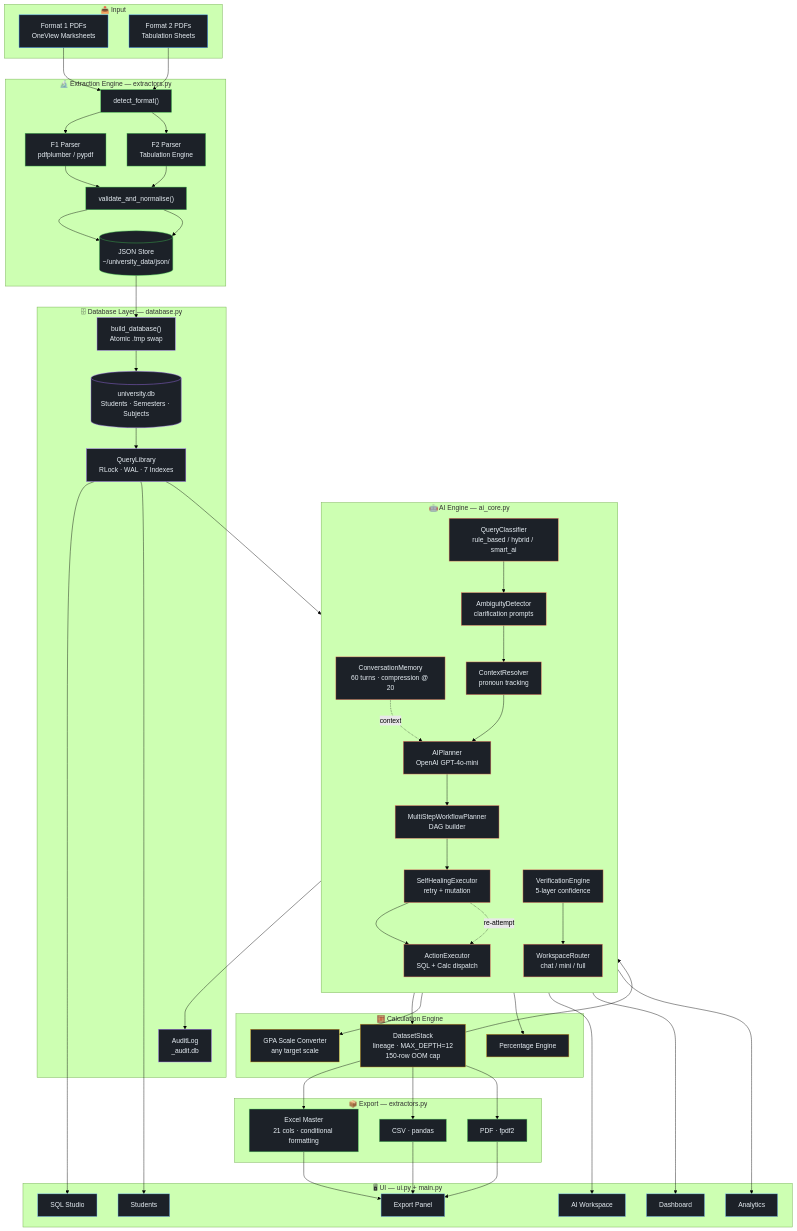
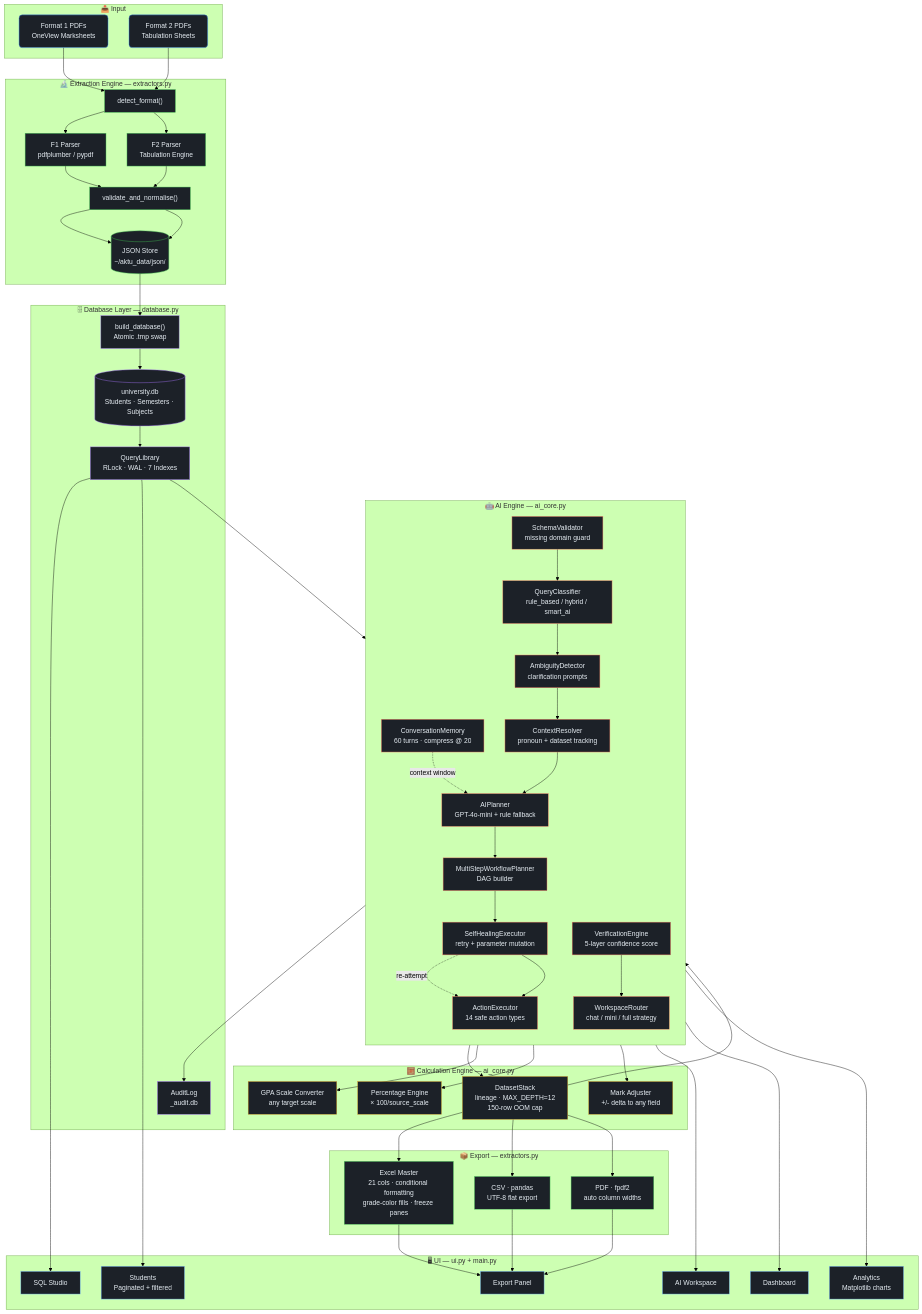
One commit to NIKHILUTTAM/AcadLib changed the first of 6 diagrams in README.md. Above: the diagram before and after it, drawn with Mermaid (forest theme). The commit also changed other lines of this file, not shown here.

````diff
--- a/README.md
+++ b/README.md
@@ -342,79 +413,81 @@
 ```mermaid
 flowchart TB
-    classDef input fill:#1C2128,stroke:#388BFD,color:#E6EDF3
+    classDef input fill:#1C2128,stroke:#388BFD,color:#E6EDF3,rx:8
     classDef extract fill:#1C2128,stroke:#3FB950,color:#E6EDF3
     classDef db fill:#1C2128,stroke:#A371F7,color:#E6EDF3
     classDef ai fill:#1C2128,stroke:#F78166,color:#E6EDF3
     classDef calc fill:#1C2128,stroke:#D29922,color:#E6EDF3
     classDef export fill:#1C2128,stroke:#56D364,color:#E6EDF3
     classDef ui fill:#1C2128,stroke:#79C0FF,color:#E6EDF3
 
     subgraph INPUT["📥 Input"]
         P1["Format 1 PDFs\nOneView Marksheets"]:::input
         P2["Format 2 PDFs\nTabulation Sheets"]:::input
     end
 
     subgraph EXTRACT["🔬 Extraction Engine — extractors.py"]
         DET["detect_format()"]:::extract
         EX1["F1 Parser\npdfplumber / pypdf"]:::extract
         EX2["F2 Parser\nTabulation Engine"]:::extract
         VAL["validate_and_normalise()"]:::extract
-        JSON_STORE[("JSON Store\n~/university_data/json/")]:::extract
+        JSON_STORE[("JSON Store\n~/aktu_data/json/")]:::extract
     end
 
     subgraph DB["🗄 Database Layer — database.py"]
         BUILD["build_database()\nAtomic .tmp swap"]:::db
         QLIB["QueryLibrary\nRLock · WAL · 7 Indexes"]:::db
         AUDIT["AuditLog\n_audit.db"]:::db
         SQLITE[("university.db\nStudents · Semesters · Subjects")]:::db
     end
 
     subgraph AI["🤖 AI Engine — ai_core.py"]
         direction TB
-        MEM["ConversationMemory\n60 turns · compression @ 20"]:::ai
+        MEM["ConversationMemory\n60 turns · compress @ 20"]:::ai
+        SCH["SchemaValidator\nmissing domain guard"]:::ai
         CLS["QueryClassifier\nrule_based / hybrid / smart_ai"]:::ai
         AMB["AmbiguityDetector\nclarification prompts"]:::ai
-        CTX["ContextResolver\npronoun tracking"]:::ai
-        PLAN["AIPlanner\nOpenAI GPT-4o-mini"]:::ai
+        CTX["ContextResolver\npronoun + dataset tracking"]:::ai
+        PLAN["AIPlanner\nGPT-4o-mini + rule fallback"]:::ai
         WFP["MultiStepWorkflowPlanner\nDAG builder"]:::ai
-        HEAL["SelfHealingExecutor\nretry + mutation"]:::ai
-        EXEC["ActionExecutor\nSQL + Calc dispatch"]:::ai
-        VER["VerificationEngine\n5-layer confidence"]:::ai
-        WSR["WorkspaceRouter\nchat / mini / full"]:::ai
-        MEM -.->|context| PLAN
+        HEAL["SelfHealingExecutor\nretry + parameter mutation"]:::ai
+        EXEC["ActionExecutor\n14 safe action types"]:::ai
+        VER["VerificationEngine\n5-layer confidence score"]:::ai
+        WSR["WorkspaceRouter\nchat / mini / full strategy"]:::ai
+        MEM -.->|context window| PLAN
+        HEAL -.->|re-attempt| EXEC
     end
 
-    subgraph CALC["🧮 Calculation Engine"]
+    subgraph CALC["🧮 Calculation Engine — ai_core.py"]
         GPA["GPA Scale Converter\nany target scale"]:::calc
-        PCT["Percentage Engine"]:::calc
+        PCT["Percentage Engine\n× 100/source_scale"]:::calc
+        ADJ["Mark Adjuster\n+/- delta to any field"]:::calc
         DS["DatasetStack\nlineage · MAX_DEPTH=12\n150-row OOM cap"]:::calc
     end
 
     subgraph EXPORT["📦 Export — extractors.py"]
-        XLS["Excel Master\n21 cols · conditional formatting"]:::export
-        CSV_E["CSV · pandas"]:::export
-        PDF_E["PDF · fpdf2"]:::export
+        XLS["Excel Master\n21 cols · conditional formatting\ngrade-color fills · freeze panes"]:::export
+        CSV_E["CSV · pandas\nUTF-8 flat export"]:::export
+        PDF_E["PDF · fpdf2\nauto column widths"]:::export
     end
 
     subgraph UI["🖥 UI — ui.py + main.py"]
         DASH["Dashboard"]:::ui
         CHAT["AI Workspace"]:::ui
         SQL_P["SQL Studio"]:::ui
-        ANA["Analytics"]:::ui
-        STU["Students"]:::ui
+        ANA["Analytics\nMatplotlib charts"]:::ui
+        STU["Students\nPaginated + filtered"]:::ui
         EXP["Export Panel"]:::ui
     end
 
     P1 --> DET --> EX1 --> VAL --> JSON_STORE
     P2 --> DET --> EX2 --> VAL --> JSON_STORE
     JSON_STORE --> BUILD --> SQLITE
     SQLITE --> QLIB
-    QLIB --> CLS --> AMB --> CTX --> PLAN --> WFP --> HEAL --> EXEC
+    QLIB --> SCH --> CLS --> AMB --> CTX --> PLAN --> WFP --> HEAL --> EXEC
     EXEC --> DS --> VER --> WSR --> AUDIT
-    EXEC --> GPA & PCT
+    EXEC --> GPA & PCT & ADJ
     WSR --> CHAT & DASH & ANA
     QLIB --> SQL_P & STU
     DS --> XLS & CSV_E & PDF_E
     XLS & CSV_E & PDF_E --> EXP
-    HEAL -.->|re-attempt| EXEC
 ```
````
